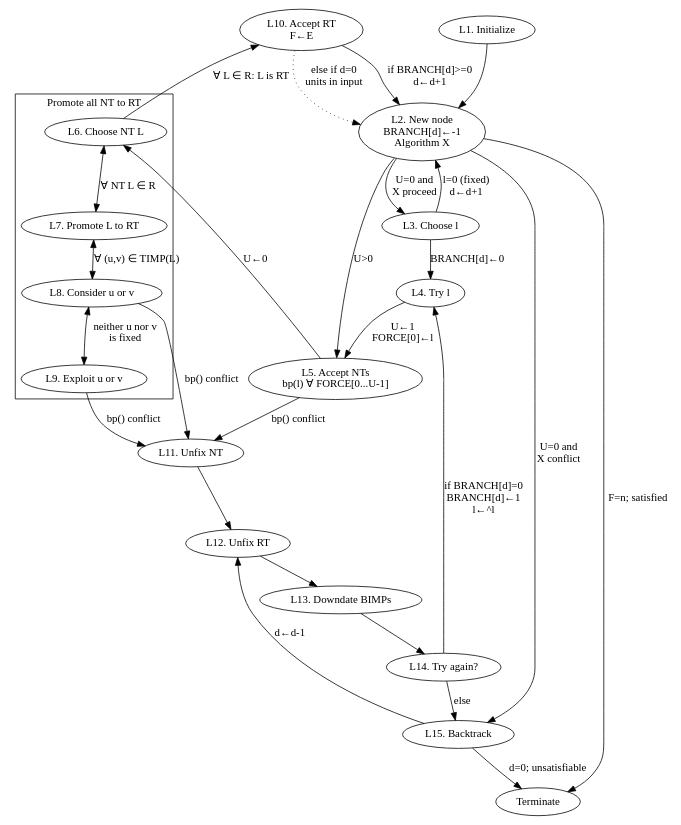
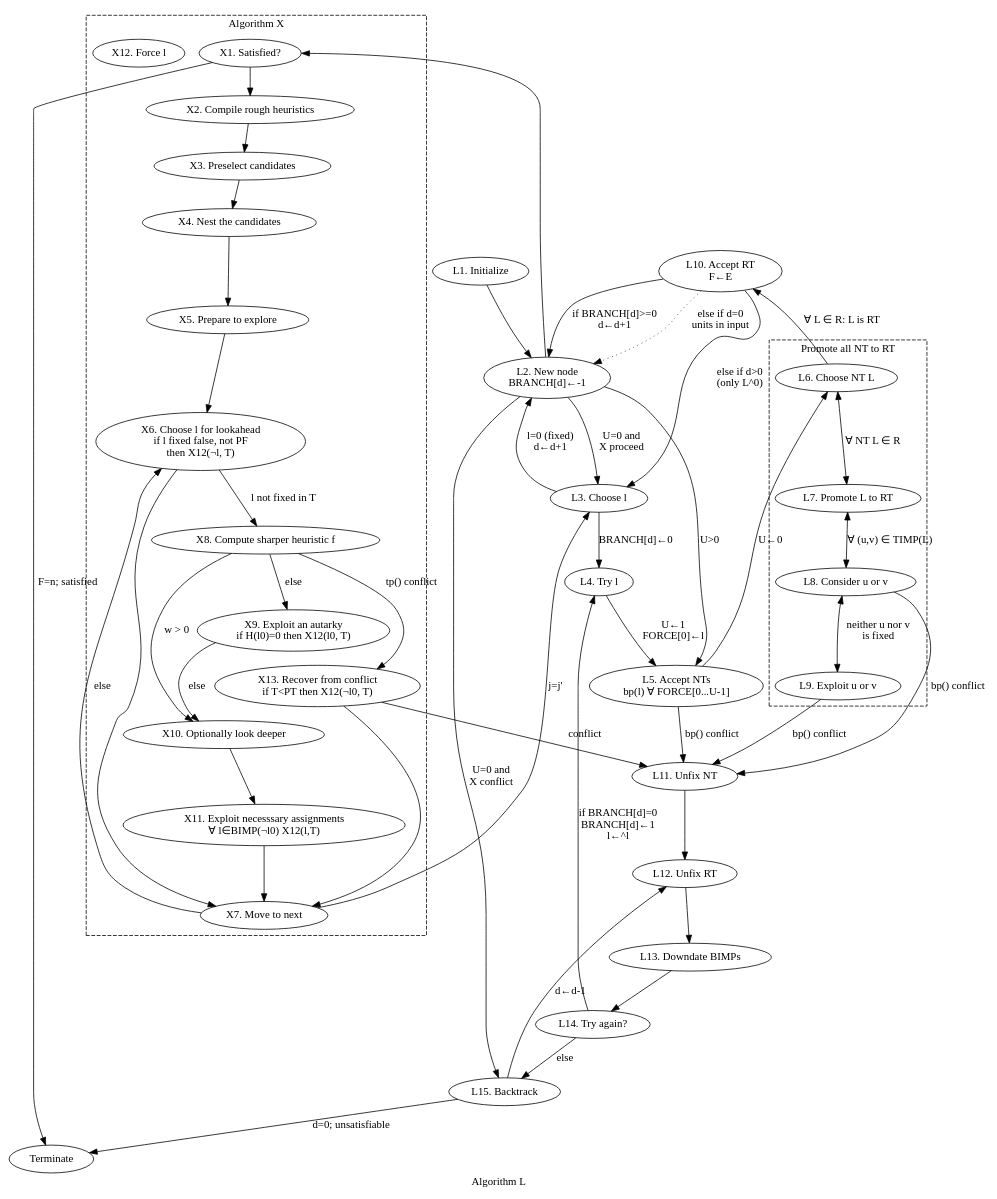
One commit to wallberg/sandbox-go changed the diagram in doc/taocp-7-2-2-2-AlgorithmL.dot. Above: the diagram before and after it, drawn with Graphviz. The commit also changed 2 other files, not shown here.

```diff
--- a/doc/taocp-7-2-2-2-AlgorithmL.dot
+++ b/doc/taocp-7-2-2-2-AlgorithmL.dot
@@ -1,54 +1,93 @@
 digraph G {
     graph [fontname = "verdana"];
     node [fontname = "verdana"];
     edge [fontname = "verdana"];
 
+    label = "Algorithm L"
+
     L1 [label="L1. Initialize"]
-    L2 [label="L2. New node\nBRANCH[d]←-1\nAlgorithm X"]
+    L2 [label="L2. New node\nBRANCH[d]←-1"]
     L3 [label="L3. Choose l"]
     L4 [label="L4. Try l"]
     L5 [label="L5. Accept NTs\nbp(l) ∀ FORCE[0...U-1]"]
 
     subgraph cluster_0 {
         label="Promote all NT to RT"
+        style="dashed"
+
         L6 [label="L6. Choose NT L"];
         L7 [label="L7. Promote L to RT"];
         L8 [label="L8. Consider u or v"];
         L9 [label="L9. Exploit u or v"];
+    }
+
+    subgraph cluster_x {
+        label = "Algorithm X"
+        style="dashed"
+
+        X1 [label="X1. Satisfied?"]
+        X2 [label="X2. Compile rough heuristics"]
+        X3 [label="X3. Preselect candidates"]
+        X4 [label="X4. Nest the candidates"]
+        X5 [label="X5. Prepare to explore"]
+        X6 [label="X6. Choose l for lookahead\nif l fixed false, not PF\nthen X12(¬l, T)"]
+        X7 [label="X7. Move to next"]
+        X8 [label="X8. Compute sharper heuristic f"]
+        X9 [label="X9. Exploit an autarky\nif H(l0)=0 then X12(l0, T)"]
+        X10 [label="X10. Optionally look deeper"]
+        X11 [label="X11. Exploit necesssary assignments\n∀ l∈BIMP(¬l0) X12(l,T)"]
+        X12 [label="X12. Force l"]
+        X13 [label="X13. Recover from conflict\nif T<PT then X12(¬l0, T)"]
     }
 
     L10 [label="L10. Accept RT\nF←E"]
     L11 [label="L11. Unfix NT"]
     L12 [label="L12. Unfix RT"]
     L13 [label="L13. Downdate BIMPs"]
     L14 [label="L14. Try again?"]
     L15 [label="L15. Backtrack"]
 
     L1 -> L2
-    L2 -> Terminate [label="F=n; satisfied"]
+    L2 -> X1
     L2 -> L15 [label="U=0 and\nX conflict"]
     L2 -> L3 [label="U=0 and\nX proceed"]
     L2 -> L5 [label="U>0"]
     L3 -> L2 [label="l=0 (fixed)\nd←d+1"]
     L3 -> L4 [label="BRANCH[d]←0"]
     L4 -> L5 [label="U←1\nFORCE[0]←l"]
     L5 -> L6 [label="U←0"]
     L5 -> L11 [label="bp() conflict"]
     L6 -> L10 [label="∀ L ∈ R: L is RT"]
     L6 -> L7 [label="∀ NT L ∈ R"; dir="both"]
     L7 -> L8 [label="∀ (u,v) ∈ TIMP(L)"; dir="both"]
     L8 -> L9 [label="neither u nor v\nis fixed" dir="both"]
     L8 -> L11 [label="bp() conflict"]
     L9 -> L11 [label="bp() conflict"]
     L10 -> L2 [label="if BRANCH[d]>=0\nd←d+1"]
-    #L10 -> L3 [label="else if d>0"] // Does not occur for L^0
+    L10 -> L3 [label="else if d>0\n(only L^0)"]
     L10 -> L2 [label="else if d=0\nunits in input"; style="dotted"]
     L11 -> L12 -> L13 -> L14
     L14 -> L4 [label="if BRANCH[d]=0\nBRANCH[d]←1\nl←^l"]
     L14 -> L15 [label="else"]
     L15 -> Terminate [label="d=0; unsatisfiable"]
     L15 -> L12 [label="d←d-1"]
 
-    // {rank = same; L1; L2;}
-    // {rank = same; L15; Terminate;}
+    X1 -> Terminate [label="F=n; satisfied"]
+    X1 -> X2
+    X2 -> X3
+    X3 -> X4
+    X4 -> X5
+    X5 -> X6
+    X6 -> X7
+    X6 -> X8 [label="l not fixed in T"]
+    X7 -> L3 [label="j=j'"]
+    X7 -> X6 [label="else"]
+    X8 -> X13 [label="tp() conflict"]
+    X8 -> X10 [label="w > 0"]
+    X8 -> X9 [label="else"]
+    X9 -> X10 [label="else"]
+    X10 -> X11
+    X11 -> X7
+    X13 -> X7
+    X13 -> L11 [label="conflict"]
 }
```
